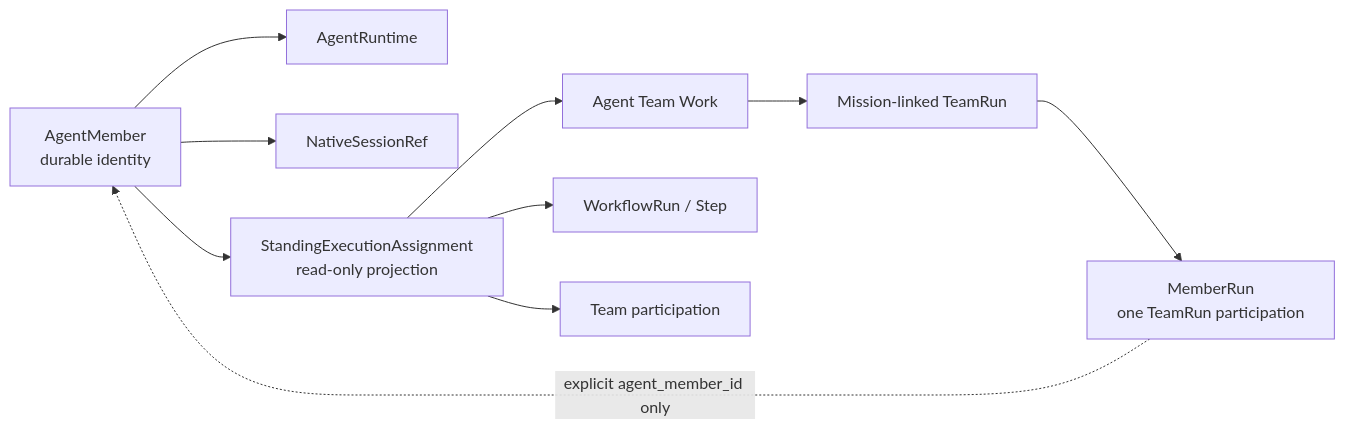
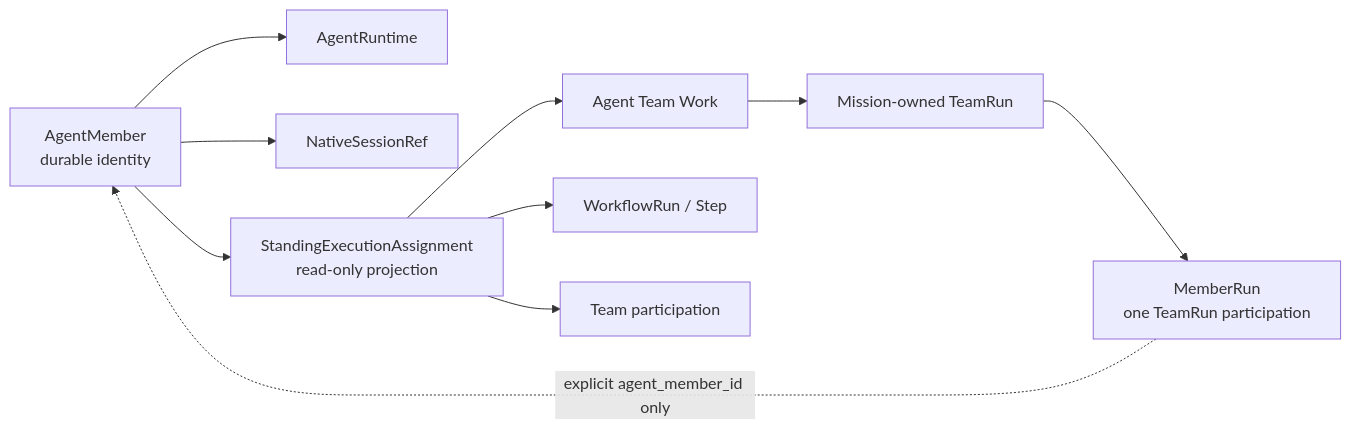
Before and after one commit to cyl19970726/multi-agent-harness: the diagram in docs/current/dashboard/pages/standing-agent-focus.md, drawn with Mermaid. The commit also changed 87 other files, not shown here.

````diff
--- a/docs/current/dashboard/pages/standing-agent-focus.md
+++ b/docs/current/dashboard/pages/standing-agent-focus.md
@@ -64,12 +64,12 @@
 ```mermaid
 flowchart LR
   A["AgentMember\ndurable identity"] --> R["AgentRuntime"]
   A --> S["NativeSessionRef"]
   A --> X["StandingExecutionAssignment\nread-only projection"]
   X --> TW["Agent Team Work"]
   X --> W["WorkflowRun / Step"]
   X --> P["Team participation"]
-  TW --> M["Mission-linked TeamRun"]
+  TW --> M["Mission-owned TeamRun"]
   M --> MR["MemberRun\none TeamRun participation"]
   MR -. "explicit agent_member_id only" .-> A
 ```
````
